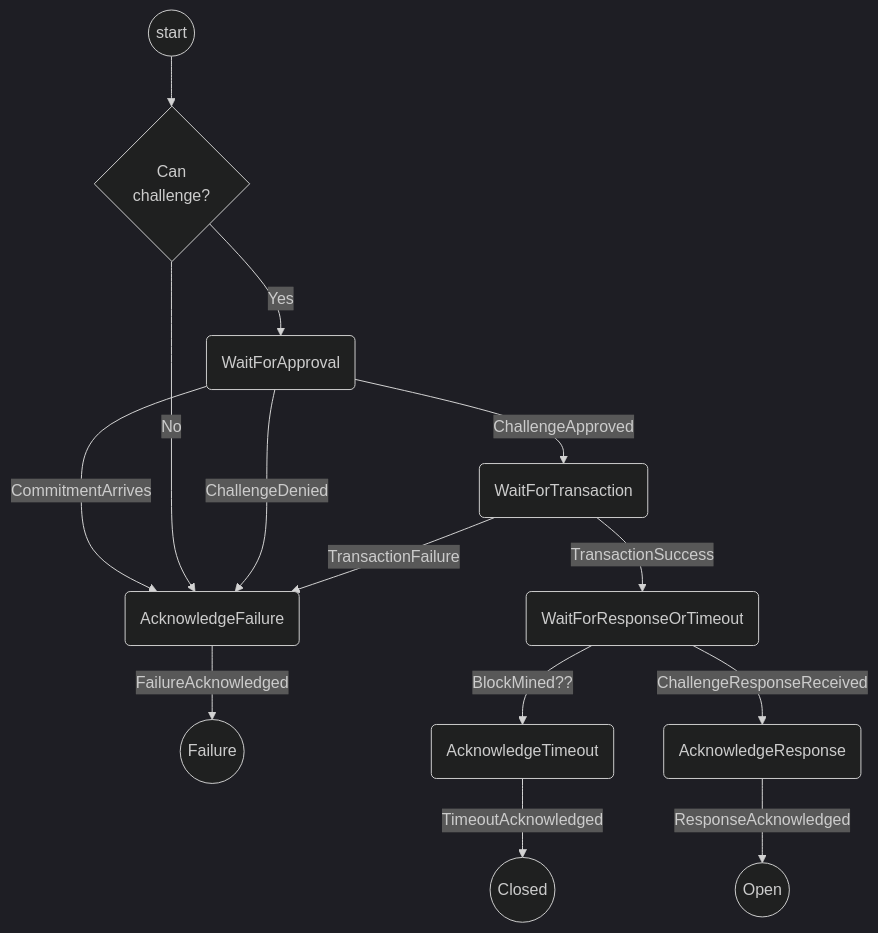
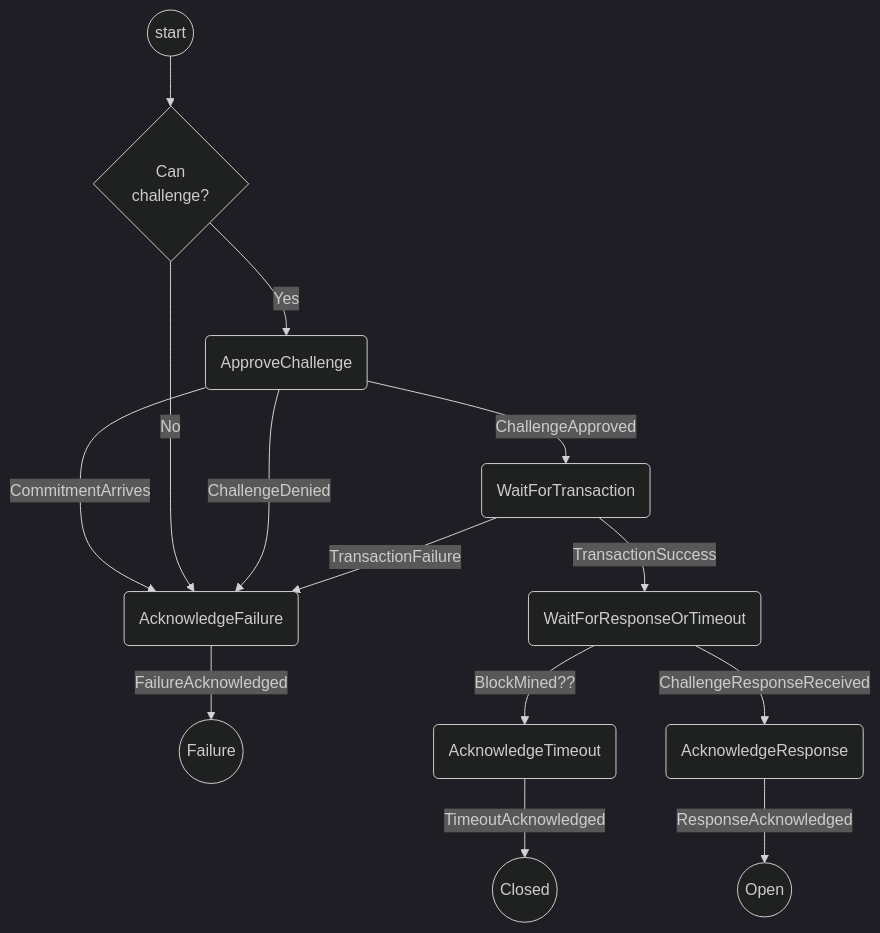
The diagram in packages/wallet/src/redux/protocols/challenging/readme.md (magmo/apps), drawn with Mermaid (dark theme) before and after one commit. The commit also changed other lines of this file and 4 other files, not shown here.

Commit message:
WaitForApproval -> ApproveChallenge

````diff
--- a/packages/wallet/src/redux/protocols/challenging/readme.md
+++ b/packages/wallet/src/redux/protocols/challenging/readme.md
@@ -19,16 +19,16 @@
 ```mermaid
 graph TD
   S((start)) --> CE{Can<br/>challenge?}
-  CE --> |Yes| WFA(WaitForApproval)
+  CE --> |Yes| WFA(ApproveChallenge)
   WFA --> |CommitmentArrives| AF
   WFA --> |ChallengeApproved| WFT(WaitForTransaction)
   CE --> |No| AF
   WFA --> |ChallengeDenied| AF(AcknowledgeFailure)
   AF --> |FailureAcknowledged| F((Failure))
   WFT --> |TransactionSuccess| WFRT(WaitForResponseOrTimeout)
   WFT --> |TransactionFailure| AF
   WFRT --> |BlockMined??| AT(AcknowledgeTimeout)
   AT --> |TimeoutAcknowledged| SC((Closed))
   WFRT --> |ChallengeResponseReceived| AR(AcknowledgeResponse)
   AR --> |ResponseAcknowledged| SP((Open))
 ```
````
